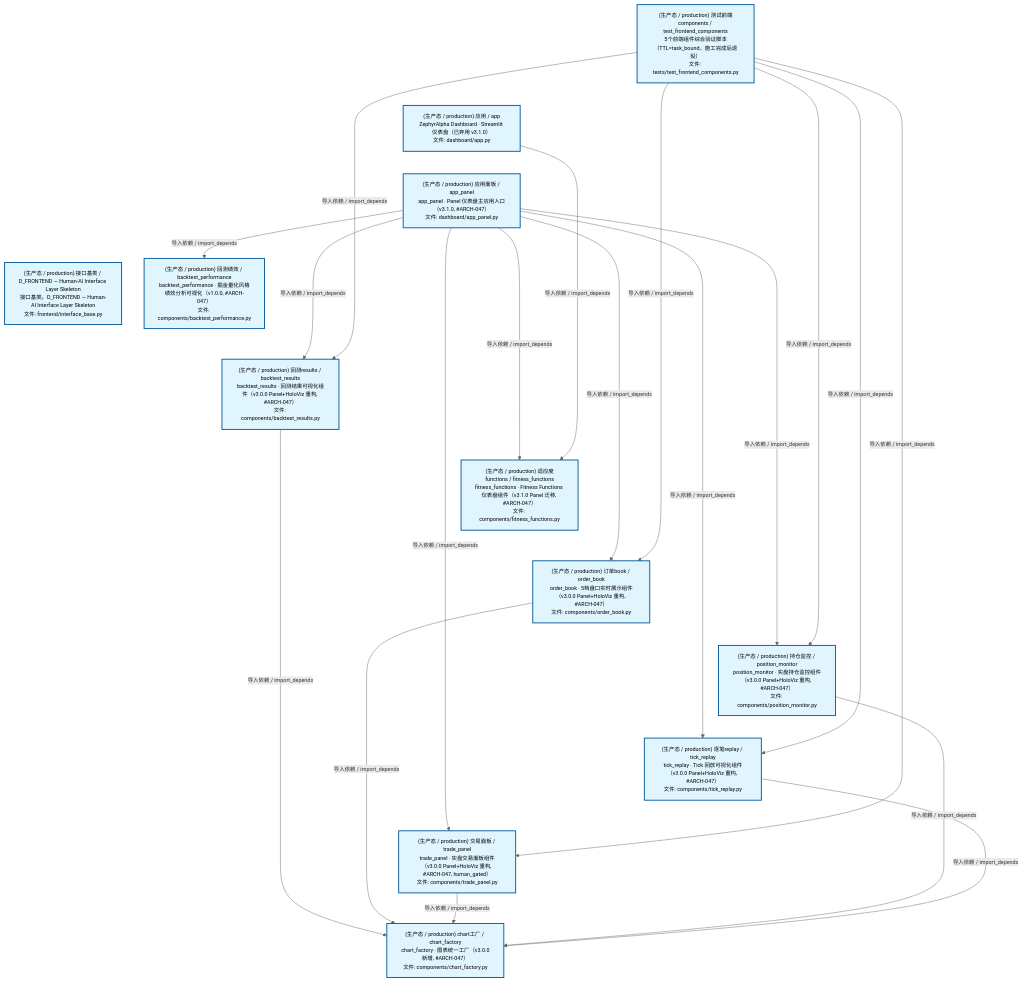
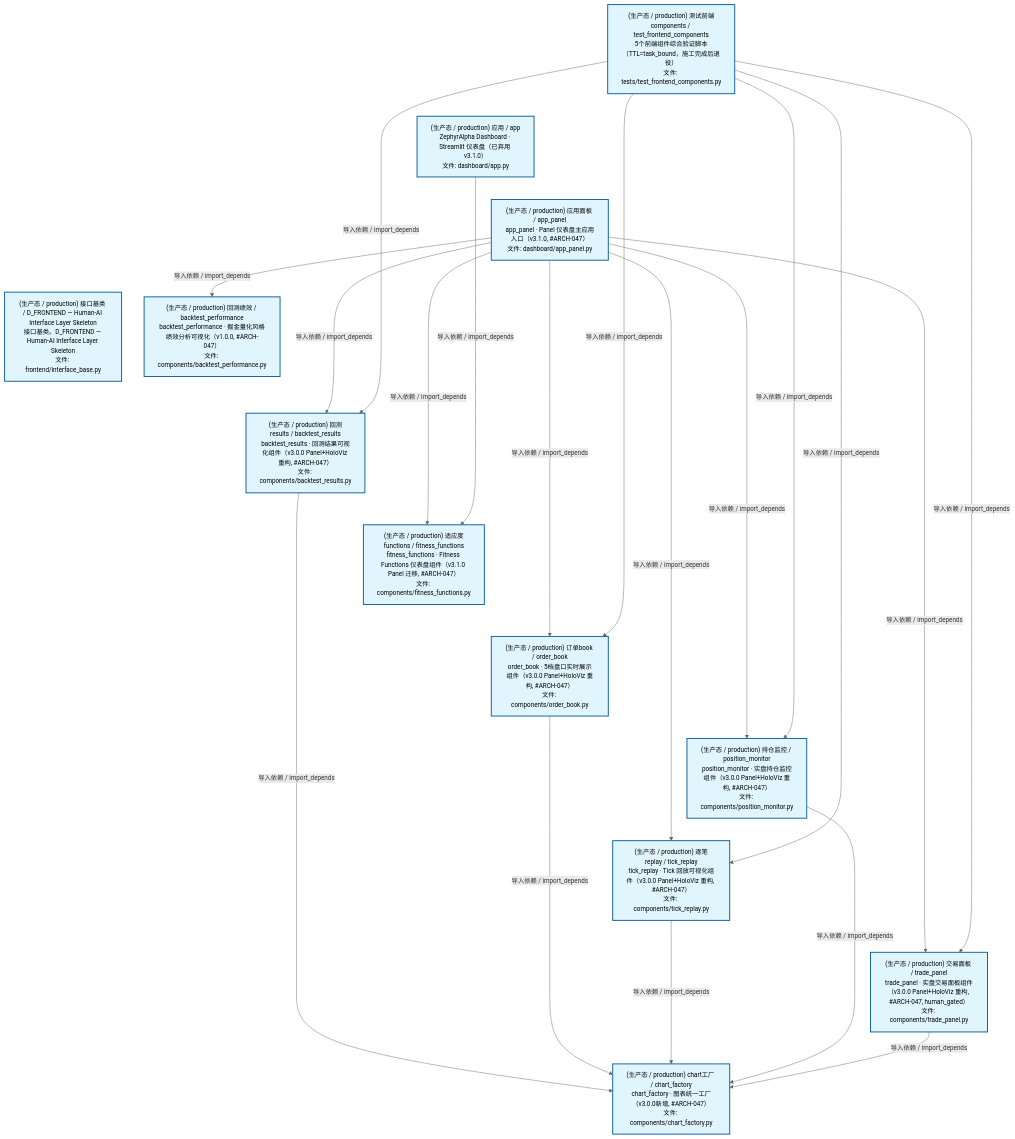
Before and after one commit to xuanFelixVan/ZephyrAlpha: the second of 4 diagrams in docs/02_enterprise_architecture/02_domain_architecture_docs/47_d_frontend.md, drawn with Mermaid. The commit also changed other lines of this file and 61 other files, not shown here.

````diff
--- a/docs/02_enterprise_architecture/02_domain_architecture_docs/47_d_frontend.md
+++ b/docs/02_enterprise_architecture/02_domain_architecture_docs/47_d_frontend.md
@@ -124,48 +124,48 @@
 ```mermaid
-%%{init: {'theme': 'base', 'themeVariables': {'primaryColor': '#eaeaea', 'primaryTextColor': '#333333', 'primaryBorderColor': '#666666', 'lineColor': '#666666', 'secondaryColor': '#eaeaea', 'tertiaryColor': '#eaeaea', 'fontSize': '12px'}}}%%
+%%{init: {'theme': 'base', 'themeVariables': {'primaryColor': '#eaeaea', 'primaryTextColor': '#333333', 'primaryBorderColor': '#666666', 'lineColor': '#666666', 'secondaryColor': '#eaeaea', 'tertiaryColor': '#eaeaea', 'fontSize': '14px'}}}%%
 flowchart TD
     scripts_tests_test_frontend_components_py["(生产态 / production) 测试前端components / test_frontend_components<br/>5个前端组件综合验证脚本（TTL=task_bound，施工完成后退役）<br/>文件: tests/test_frontend_components.py"]
     src_zephyr_frontend_dashboard_app_py["(生产态 / production) 应用 / app<br/>ZephyrAlpha Dashboard · Streamlit 仪表盘（已弃用 v3.1.0）<br/>文件: dashboard/app.py"]
     src_zephyr_frontend_dashboard_app_panel_py["(生产态 / production) 应用面板 / app_panel<br/>app_panel · Panel 仪表盘主应用入口（v3.1.0, #ARCH-047）<br/>文件: dashboard/app_panel.py"]
     src_zephyr_frontend_interface_base_py["(生产态 / production) 接口基类 / D_FRONTEND — Human-AI Interface Layer Skeleton<br/>接口基类。D_FRONTEND — Human-AI Interface Layer Skeleton<br/>文件: frontend/interface_base.py"]
     scripts_tests_test_frontend_components_py ~~~ src_zephyr_frontend_dashboard_app_py
     src_zephyr_frontend_dashboard_app_py ~~~ src_zephyr_frontend_dashboard_app_panel_py
     src_zephyr_frontend_dashboard_app_panel_py ~~~ src_zephyr_frontend_interface_base_py
     src_zephyr_frontend_dashboard_components_backtest_performance_py["(生产态 / production) 回测绩效 / backtest_performance<br/>backtest_performance · 掘金量化风格绩效分析可视化（v1.0.0, #ARCH-047）<br/>文件: components/backtest_performance.py"]
     src_zephyr_frontend_dashboard_components_backtest_results_py["(生产态 / production) 回测results / backtest_results<br/>backtest_results · 回测结果可视化组件（v3.0.0 Panel+HoloViz 重构, #ARCH-047）<br/>文件: components/backtest_results.py"]
     src_zephyr_frontend_dashboard_components_fitness_functions_py["(生产态 / production) 适应度functions / fitness_functions<br/>fitness_functions · Fitness Functions 仪表盘组件（v3.1.0 Panel 迁移, #ARCH-047）<br/>文件: components/fitness_functions.py"]
     src_zephyr_frontend_dashboard_components_order_book_py["(生产态 / production) 订单book / order_book<br/>order_book · 5档盘口实时展示组件（v3.0.0 Panel+HoloViz 重构, #ARCH-047）<br/>文件: components/order_book.py"]
     src_zephyr_frontend_dashboard_components_position_monitor_py["(生产态 / production) 持仓监控 / position_monitor<br/>position_monitor · 实盘持仓监控组件（v3.0.0 Panel+HoloViz 重构, #ARCH-047）<br/>文件: components/position_monitor.py"]
     src_zephyr_frontend_dashboard_components_tick_replay_py["(生产态 / production) 逐笔replay / tick_replay<br/>tick_replay · Tick 回放可视化组件（v3.0.0 Panel+HoloViz 重构, #ARCH-047）<br/>文件: components/tick_replay.py"]
     src_zephyr_frontend_dashboard_components_trade_panel_py["(生产态 / production) 交易面板 / trade_panel<br/>trade_panel · 实盘交易面板组件（v3.0.0 Panel+HoloViz 重构, #ARCH-047, human_gated）<br/>文件: components/trade_panel.py"]
     src_zephyr_frontend_dashboard_components_backtest_performance_py ~~~ src_zephyr_frontend_dashboard_components_backtest_results_py
     src_zephyr_frontend_dashboard_components_backtest_results_py ~~~ src_zephyr_frontend_dashboard_components_fitness_functions_py
     src_zephyr_frontend_dashboard_components_fitness_functions_py ~~~ src_zephyr_frontend_dashboard_components_order_book_py
     src_zephyr_frontend_dashboard_components_order_book_py ~~~ src_zephyr_frontend_dashboard_components_position_monitor_py
     src_zephyr_frontend_dashboard_components_position_monitor_py ~~~ src_zephyr_frontend_dashboard_components_tick_replay_py
     src_zephyr_frontend_dashboard_components_tick_replay_py ~~~ src_zephyr_frontend_dashboard_components_trade_panel_py
     src_zephyr_frontend_dashboard_components_chart_factory_py["(生产态 / production) chart工厂 / chart_factory<br/>chart_factory · 图表统一工厂（v3.0.0新增, #ARCH-047）<br/>文件: components/chart_factory.py"]
-    src_zephyr_frontend_dashboard_app_panel_py -->|导入依赖 / import_depends| src_zephyr_frontend_dashboard_components_fitness_functions_py
     src_zephyr_frontend_dashboard_app_panel_py -->|导入依赖 / import_depends| src_zephyr_frontend_dashboard_components_backtest_results_py
     src_zephyr_frontend_dashboard_app_panel_py -->|导入依赖 / import_depends| src_zephyr_frontend_dashboard_components_backtest_performance_py
     src_zephyr_frontend_dashboard_app_panel_py -->|导入依赖 / import_depends| src_zephyr_frontend_dashboard_components_order_book_py
+    src_zephyr_frontend_dashboard_app_panel_py -->|导入依赖 / import_depends| src_zephyr_frontend_dashboard_components_fitness_functions_py
+    src_zephyr_frontend_dashboard_app_panel_py -->|导入依赖 / import_depends| src_zephyr_frontend_dashboard_components_tick_replay_py
+    src_zephyr_frontend_dashboard_app_panel_py -->|导入依赖 / import_depends| src_zephyr_frontend_dashboard_components_position_monitor_py
     src_zephyr_frontend_dashboard_app_panel_py -->|导入依赖 / import_depends| src_zephyr_frontend_dashboard_components_trade_panel_py
-    src_zephyr_frontend_dashboard_app_panel_py -->|导入依赖 / import_depends| src_zephyr_frontend_dashboard_components_position_monitor_py
-    src_zephyr_frontend_dashboard_app_panel_py -->|导入依赖 / import_depends| src_zephyr_frontend_dashboard_components_tick_replay_py
     src_zephyr_frontend_dashboard_app_py -->|导入依赖 / import_depends| src_zephyr_frontend_dashboard_components_fitness_functions_py
     src_zephyr_frontend_dashboard_components_backtest_results_py -->|导入依赖 / import_depends| src_zephyr_frontend_dashboard_components_chart_factory_py
     src_zephyr_frontend_dashboard_components_order_book_py -->|导入依赖 / import_depends| src_zephyr_frontend_dashboard_components_chart_factory_py
+    src_zephyr_frontend_dashboard_components_tick_replay_py -->|导入依赖 / import_depends| src_zephyr_frontend_dashboard_components_chart_factory_py
+    src_zephyr_frontend_dashboard_components_position_monitor_py -->|导入依赖 / import_depends| src_zephyr_frontend_dashboard_components_chart_factory_py
     src_zephyr_frontend_dashboard_components_trade_panel_py -->|导入依赖 / import_depends| src_zephyr_frontend_dashboard_components_chart_factory_py
-    src_zephyr_frontend_dashboard_components_position_monitor_py -->|导入依赖 / import_depends| src_zephyr_frontend_dashboard_components_chart_factory_py
-    src_zephyr_frontend_dashboard_components_tick_replay_py -->|导入依赖 / import_depends| src_zephyr_frontend_dashboard_components_chart_factory_py
     scripts_tests_test_frontend_components_py -->|导入依赖 / import_depends| src_zephyr_frontend_dashboard_components_backtest_results_py
     scripts_tests_test_frontend_components_py -->|导入依赖 / import_depends| src_zephyr_frontend_dashboard_components_order_book_py
+    scripts_tests_test_frontend_components_py -->|导入依赖 / import_depends| src_zephyr_frontend_dashboard_components_tick_replay_py
+    scripts_tests_test_frontend_components_py -->|导入依赖 / import_depends| src_zephyr_frontend_dashboard_components_position_monitor_py
     scripts_tests_test_frontend_components_py -->|导入依赖 / import_depends| src_zephyr_frontend_dashboard_components_trade_panel_py
-    scripts_tests_test_frontend_components_py -->|导入依赖 / import_depends| src_zephyr_frontend_dashboard_components_position_monitor_py
-    scripts_tests_test_frontend_components_py -->|导入依赖 / import_depends| src_zephyr_frontend_dashboard_components_tick_replay_py
     classDef production fill:#e1f5fe,stroke:#01579b,stroke-width:2px,color:#000
     classDef design fill:#fff3e0,stroke:#e65100,stroke-width:2px,color:#000,stroke-dasharray: 5 5
     classDef external_prod fill:#e8f4fd,stroke:#0277bd,stroke-width:1px,color:#000
     classDef external_design fill:#fff8e7,stroke:#ef6c00,stroke-width:1px,color:#000,stroke-dasharray: 5 5
     class scripts_tests_test_frontend_components_py,src_zephyr_frontend_dashboard_app_py,src_zephyr_frontend_dashboard_app_panel_py,src_zephyr_frontend_dashboard_components_backtest_performance_py,src_zephyr_frontend_dashboard_components_backtest_results_py,src_zephyr_frontend_dashboard_components_chart_factory_py,src_zephyr_frontend_dashboard_components_fitness_functions_py,src_zephyr_frontend_dashboard_components_order_book_py,src_zephyr_frontend_dashboard_components_position_monitor_py,src_zephyr_frontend_dashboard_components_tick_replay_py,src_zephyr_frontend_dashboard_components_trade_panel_py,src_zephyr_frontend_interface_base_py production
 ```
````
